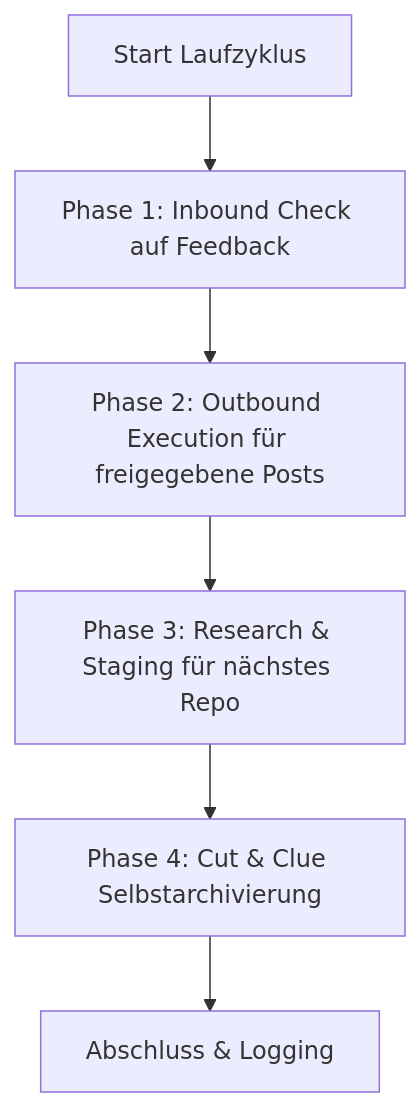
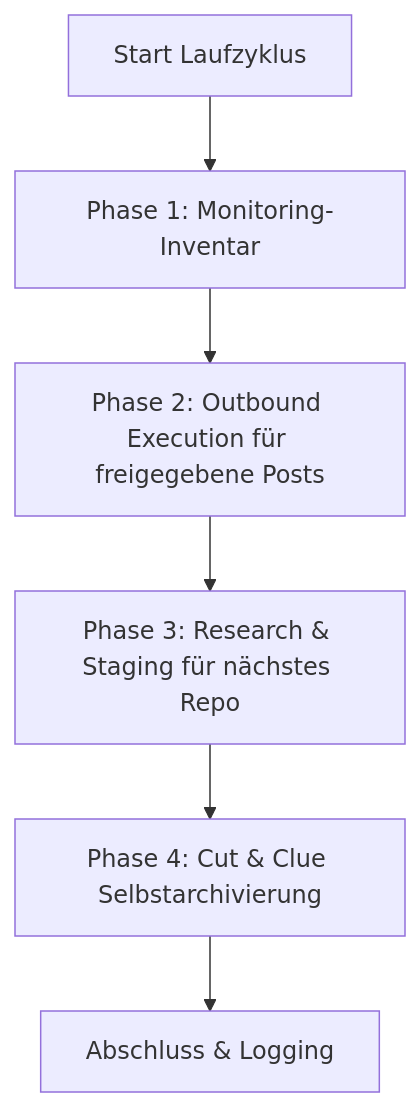
The diagram in skills/dev/community-outreach/SKILL.md (ellmos-ai/skills), drawn with Mermaid before and after one commit. The commit also changed other lines of this file and 11 other files, not shown here.

````diff
--- a/skills/dev/community-outreach/SKILL.md
+++ b/skills/dev/community-outreach/SKILL.md
@@ -75,8 +78,8 @@
 ```mermaid
 flowchart TD
-    A[Start Laufzyklus] --> B[Phase 1: Inbound Check auf Feedback]
+    A[Start Laufzyklus] --> B[Phase 1: Monitoring-Inventar]
     B --> C[Phase 2: Outbound Execution für freigegebene Posts]
     C --> D[Phase 3: Research & Staging für nächstes Repo]
     D --> E[Phase 4: Cut & Clue Selbstarchivierung]
     E --> F[Abschluss & Logging]
 ```
````
